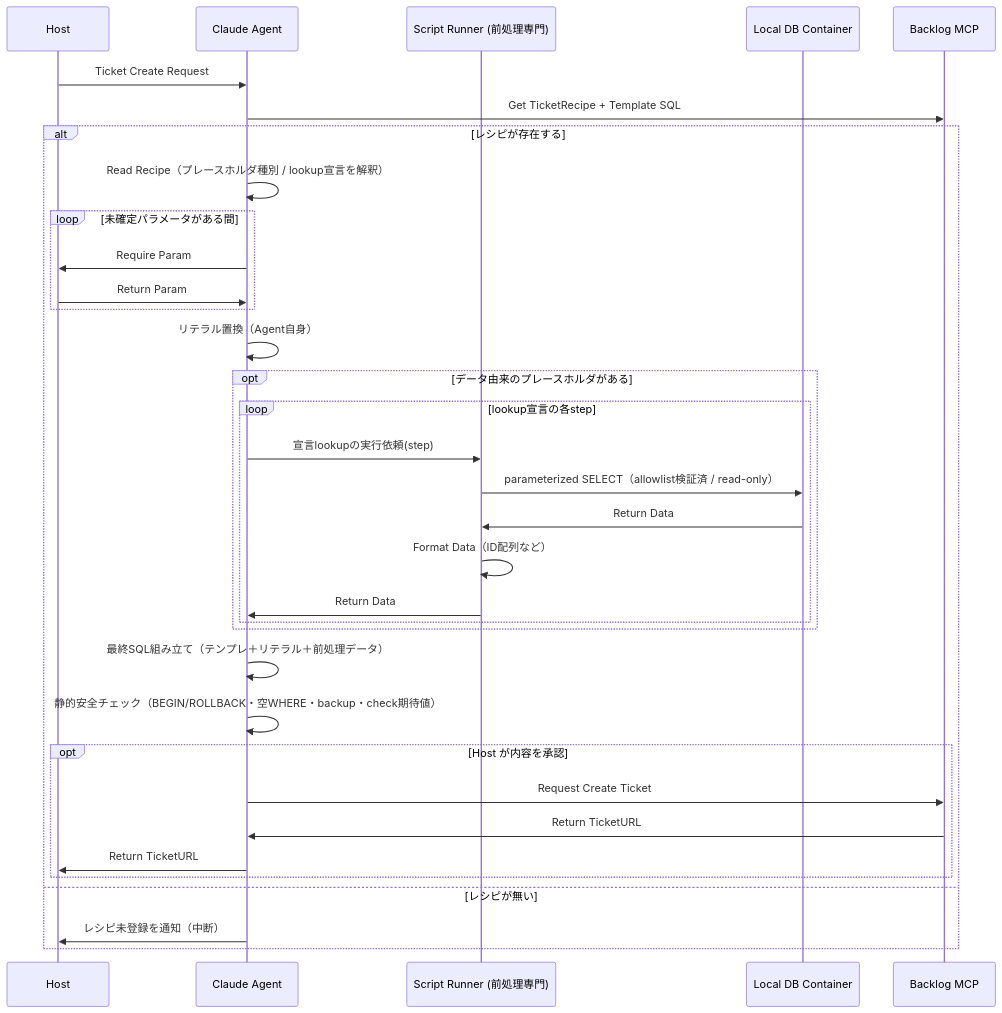
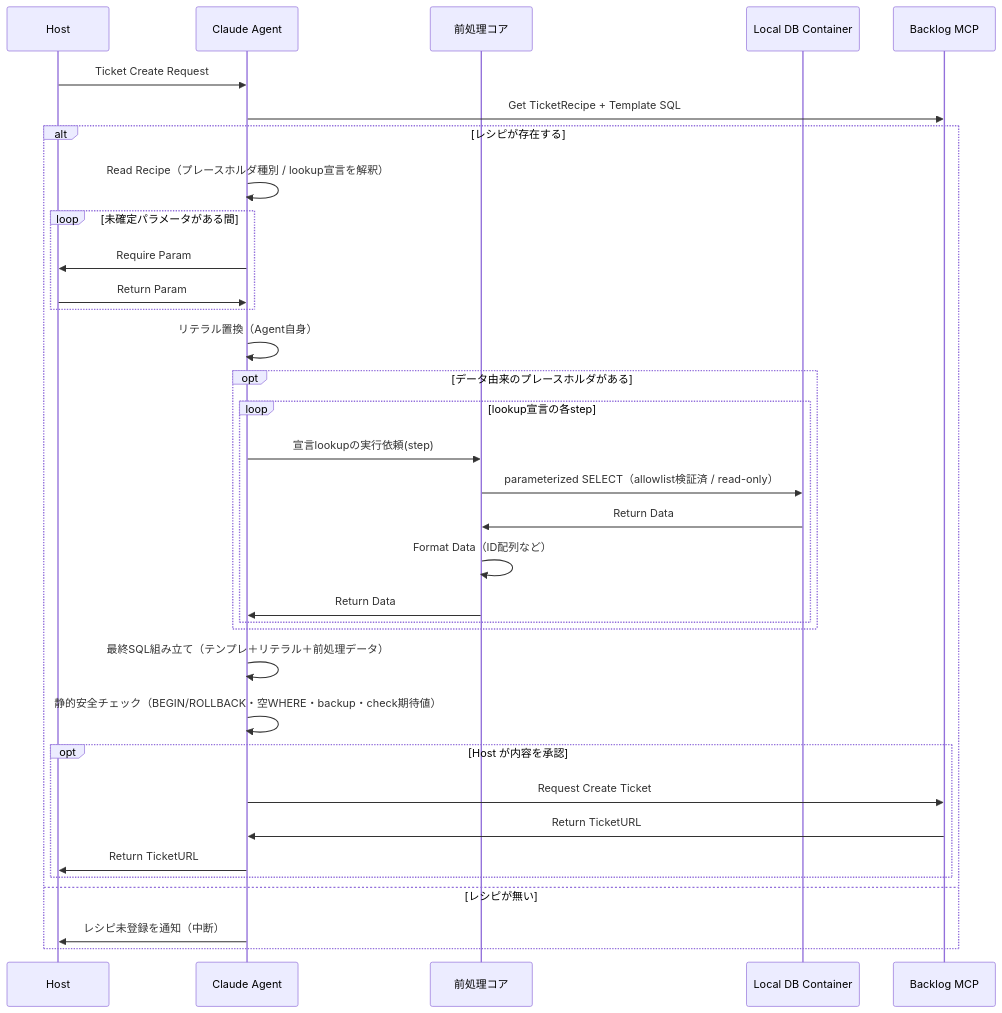
The diagram in doc/architecture/ticket-workflow.md (r-miyashita/ops-recipe-runner), drawn with Mermaid before and after one commit. The commit also changed other lines of this file and 24 other files, not shown here.

````diff
--- a/doc/architecture/ticket-workflow.md
+++ b/doc/architecture/ticket-workflow.md
@@ -93,37 +88,37 @@
 ```mermaid
 sequenceDiagram
     participant host as Host
     participant agent as Claude Agent
-    participant runner as Script Runner (前処理専門)
+    participant runner as 前処理コア
     participant mysql as Local DB Container
     participant bMcp as Backlog MCP
 
     host->>agent: Ticket Create Request
     agent->>bMcp: Get TicketRecipe + Template SQL
     alt レシピが存在する
         agent->>agent: Read Recipe（プレースホルダ種別 / lookup宣言を解釈）
         loop 未確定パラメータがある間
             agent->>host: Require Param
             host->>agent: Return Param
         end
         agent->>agent: リテラル置換（Agent自身）
         opt データ由来のプレースホルダがある
             loop lookup宣言の各step
                 agent->>runner: 宣言lookupの実行依頼(step)
                 runner->>mysql: parameterized SELECT（allowlist検証済 / read-only）
                 mysql->>runner: Return Data
                 runner->>runner: Format Data（ID配列など）
                 runner->>agent: Return Data
             end
         end
         agent->>agent: 最終SQL組み立て（テンプレ＋リテラル＋前処理データ）
         agent->>agent: 静的安全チェック（BEGIN/ROLLBACK・空WHERE・backup・check期待値）
         opt Host が内容を承認
             agent->>bMcp: Request Create Ticket
             bMcp->>agent: Return TicketURL
             agent->>host: Return TicketURL
         end
     else レシピが無い
         agent->>host: レシピ未登録を通知（中断）
     end
 ```
````
